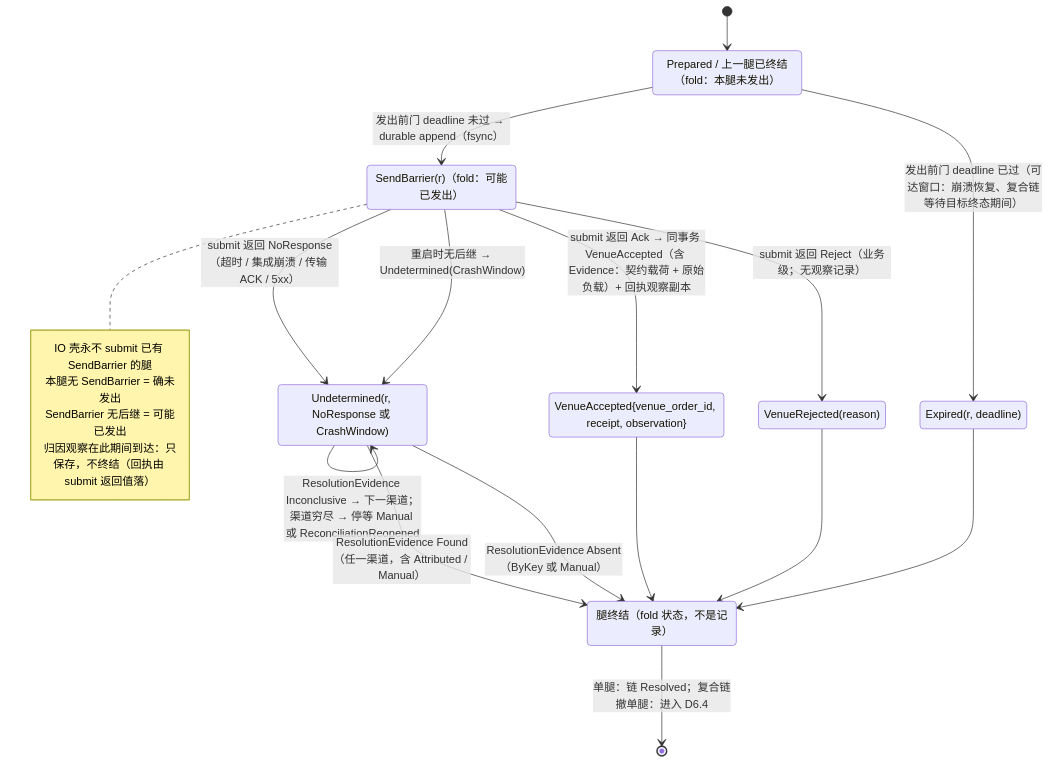
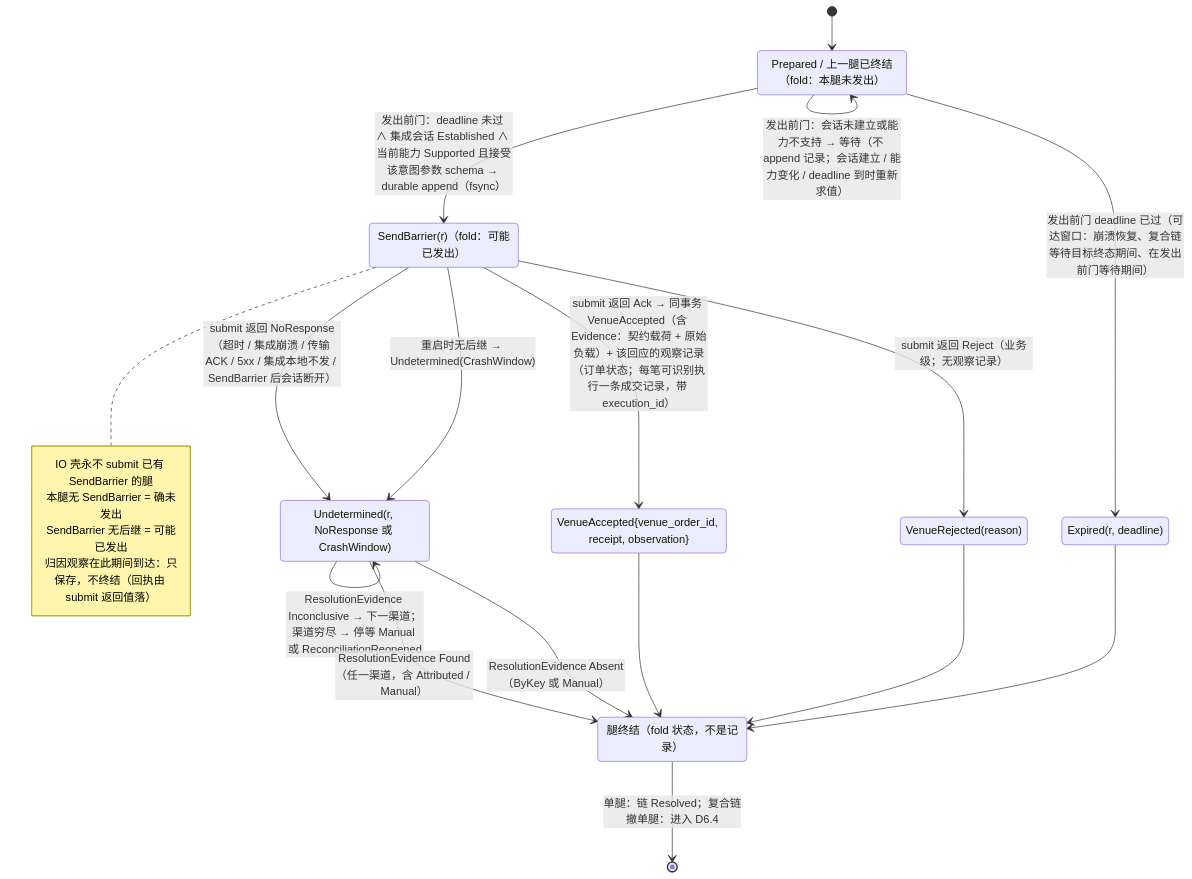
The first of 7 diagrams in design/diagrams/06-io-shell-attempt.md (mouriya-s-lab/uta), drawn with Mermaid before and after one commit. The commit also changed other lines of this file and 12 other files, not shown here.

Commit message:
design: integration lifecycle contract — per-integration session state machine (Connecting/Established/Halted), handshake Refused vs Unavailable, pre-send gate on session and current capability, subscription suspension on undeclared streams, health field semantics

````diff
--- a/design/diagrams/06-io-shell-attempt.md
+++ b/design/diagrams/06-io-shell-attempt.md
@@ -11,30 +11,31 @@
 ```mermaid
 stateDiagram-v2
   state "Prepared / 上一腿已终结（fold：本腿未发出）" as P
   state "SendBarrier(r)（fold：可能已发出）" as SB
   state "VenueAccepted{venue_order_id, receipt, observation}" as VA
   state "VenueRejected(reason)" as VR
   state "Undetermined(r, NoResponse 或 CrashWindow)" as UD
   state "Expired(r, deadline)" as EX
   state "腿终结（fold 状态，不是记录）" as RS
   [*] --> P
-  P --> SB : 发出前门 deadline 未过 → durable append（fsync）
-  P --> EX : 发出前门 deadline 已过（可达窗口：崩溃恢复、复合链等待目标终态期间）
-  SB --> VA : submit 返回 Ack → 同事务 VenueAccepted（含 Evidence：契约载荷 + 原始负载）+ 回执观察副本
+  P --> SB : 发出前门：deadline 未过 ∧ 集成会话 Established ∧ 当前能力 Supported 且接受该意图参数 schema → durable append（fsync）
+  P --> P : 发出前门：会话未建立或能力不支持 → 等待（不 append 记录；会话建立 / 能力变化 / deadline 到时重新求值）
+  P --> EX : 发出前门 deadline 已过（可达窗口：崩溃恢复、复合链等待目标终态期间、在发出前门等待期间）
+  SB --> VA : submit 返回 Ack → 同事务 VenueAccepted（含 Evidence：契约载荷 + 原始负载）+ 该回应的观察记录（订单状态；每笔可识别执行一条成交记录，带 execution_id）
   SB --> VR : submit 返回 Reject（业务级；无观察记录）
-  SB --> UD : submit 返回 NoResponse（超时 / 集成崩溃 / 传输 ACK / 5xx）
+  SB --> UD : submit 返回 NoResponse（超时 / 集成崩溃 / 传输 ACK / 5xx / 集成本地不发 / SendBarrier 后会话断开）
   SB --> UD : 重启时无后继 → Undetermined(CrashWindow)
   UD --> UD : ResolutionEvidence Inconclusive → 下一渠道；渠道穷尽 → 停等 Manual 或 ReconciliationReopened
   UD --> RS : ResolutionEvidence Found（任一渠道，含 Attributed / Manual）
   UD --> RS : ResolutionEvidence Absent（ByKey 或 Manual）
   VA --> RS
   VR --> RS
   EX --> RS
   RS --> [*] : 单腿：链 Resolved；复合链撤单腿：进入 D6.4
   note right of SB
     IO 壳永不 submit 已有 SendBarrier 的腿
     本腿无 SendBarrier = 确未发出
     SendBarrier 无后继 = 可能已发出
     归因观察在此期间到达：只保存，不终结（回执由 submit 返回值落）
   end note
 ```
````
